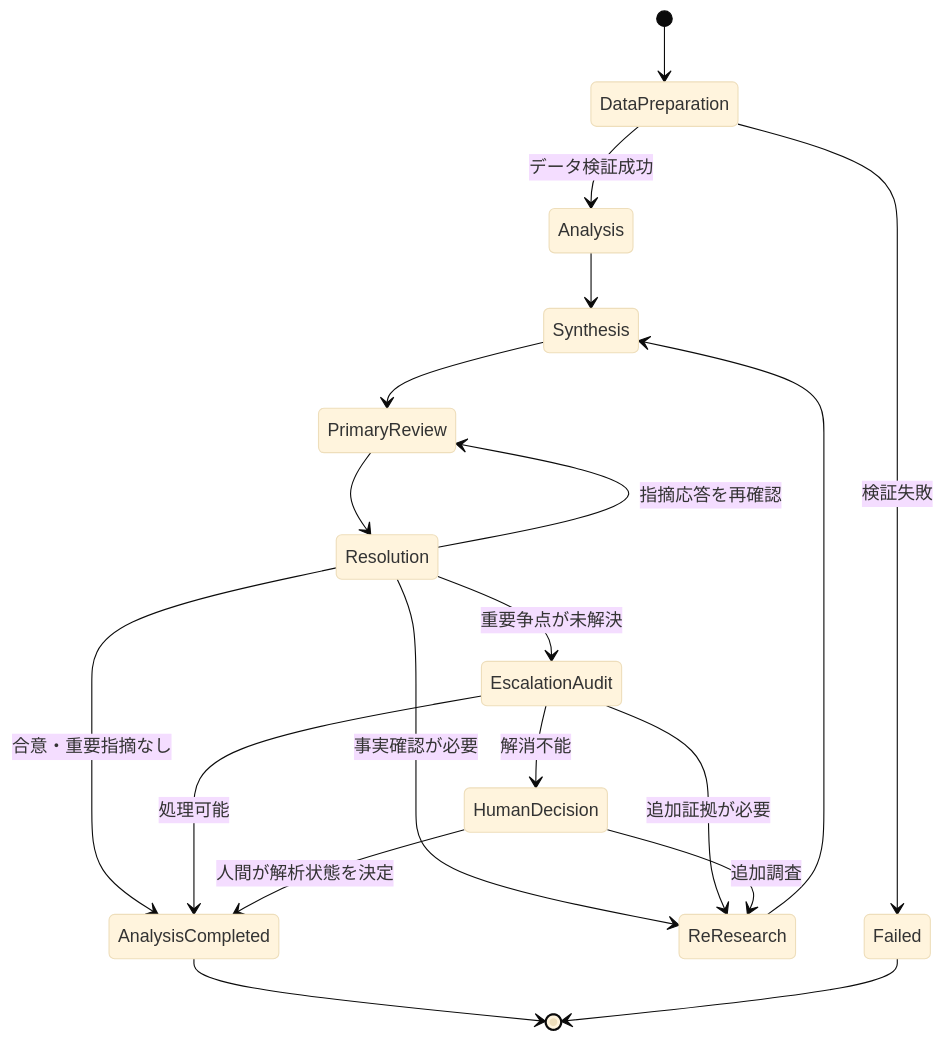
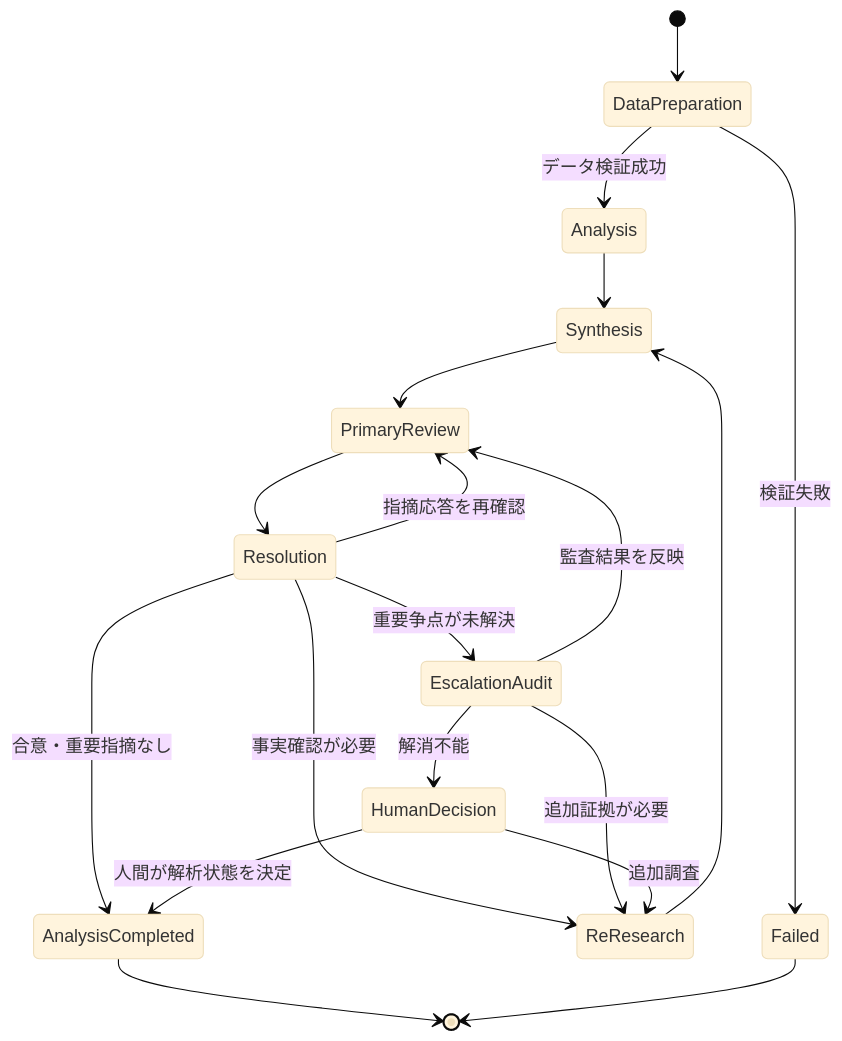
Before and after one commit to toike08D17012/system-trade-with-llm-orchestrator: the eighth of 10 diagrams in docs/design/03-stock-research-system-architecture.md, drawn with Mermaid (base theme). The commit also changed other lines of this file and 6 other files, not shown here.

Commit message:
docs: define dispute and escalation audit policy

````diff
--- a/docs/design/03-stock-research-system-architecture.md
+++ b/docs/design/03-stock-research-system-architecture.md
@@ -954,21 +976,21 @@
 ```mermaid
 stateDiagram-v2
     [*] --> DataPreparation
     DataPreparation --> Analysis: データ検証成功
     DataPreparation --> Failed: 検証失敗
     Analysis --> Synthesis
     Synthesis --> PrimaryReview
     PrimaryReview --> Resolution
     Resolution --> PrimaryReview: 指摘応答を再確認
     Resolution --> ReResearch: 事実確認が必要
     ReResearch --> Synthesis
     Resolution --> EscalationAudit: 重要争点が未解決
     Resolution --> AnalysisCompleted: 合意・重要指摘なし
     EscalationAudit --> ReResearch: 追加証拠が必要
     EscalationAudit --> HumanDecision: 解消不能
-    EscalationAudit --> AnalysisCompleted: 処理可能
+    EscalationAudit --> PrimaryReview: 監査結果を反映
     HumanDecision --> ReResearch: 追加調査
     HumanDecision --> AnalysisCompleted: 人間が解析状態を決定
     AnalysisCompleted --> [*]
     Failed --> [*]
 ```
````
